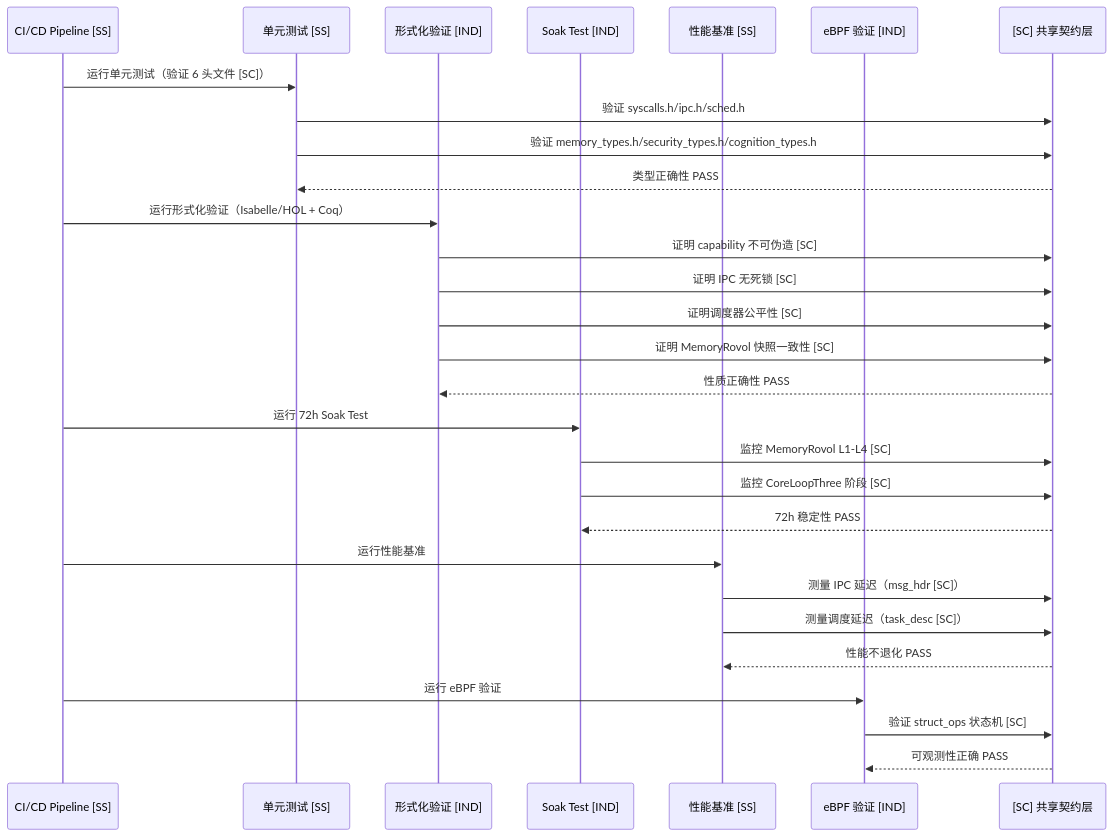
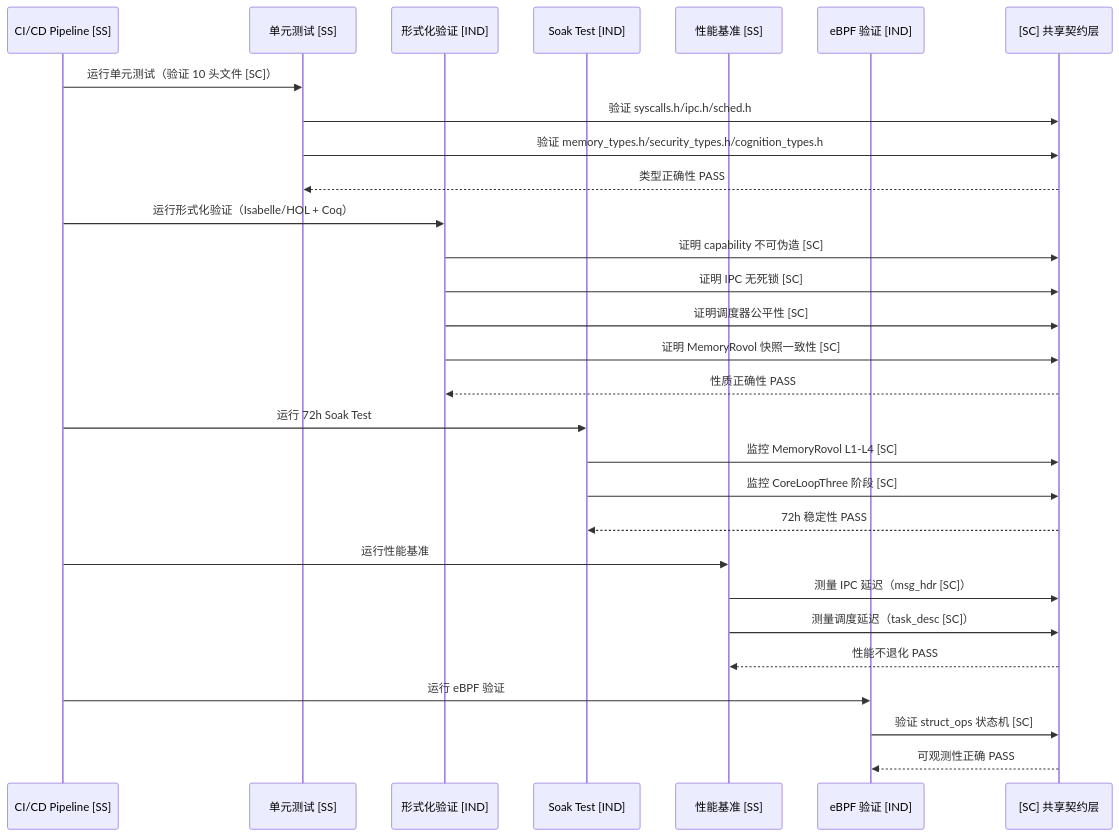
Before and after one commit to openairymax/docs: the first of 2 diagrams in AirymaxOS/20-modules/08-tests-linux.md, drawn with Mermaid. The commit also changed other lines of this file and 71 other files, not shown here.

````diff
--- a/AirymaxOS/20-modules/08-tests-linux.md
+++ b/AirymaxOS/20-modules/08-tests-linux.md
@@ -580,36 +684,36 @@
 ```mermaid
 sequenceDiagram
     participant CI as CI/CD Pipeline [SS]
     participant UNIT as 单元测试 [SS]
     participant FV as 形式化验证 [IND]
     participant SOAK as Soak Test [IND]
     participant BENCH as 性能基准 [SS]
     participant EBPF as eBPF 验证 [IND]
     participant SC as [SC] 共享契约层
 
-    CI->>UNIT: 运行单元测试（验证 6 头文件 [SC]）
+    CI->>UNIT: 运行单元测试（验证 10 头文件 [SC]）
     UNIT->>SC: 验证 syscalls.h/ipc.h/sched.h
     UNIT->>SC: 验证 memory_types.h/security_types.h/cognition_types.h
     SC-->>UNIT: 类型正确性 PASS
 
     CI->>FV: 运行形式化验证（Isabelle/HOL + Coq）
     FV->>SC: 证明 capability 不可伪造 [SC]
     FV->>SC: 证明 IPC 无死锁 [SC]
     FV->>SC: 证明调度器公平性 [SC]
     FV->>SC: 证明 MemoryRovol 快照一致性 [SC]
     SC-->>FV: 性质正确性 PASS
 
     CI->>SOAK: 运行 72h Soak Test
     SOAK->>SC: 监控 MemoryRovol L1-L4 [SC]
     SOAK->>SC: 监控 CoreLoopThree 阶段 [SC]
     SC-->>SOAK: 72h 稳定性 PASS
 
     CI->>BENCH: 运行性能基准
     BENCH->>SC: 测量 IPC 延迟（msg_hdr [SC]）
     BENCH->>SC: 测量调度延迟（task_desc [SC]）
     SC-->>BENCH: 性能不退化 PASS
 
     CI->>EBPF: 运行 eBPF 验证
     EBPF->>SC: 验证 struct_ops 状态机 [SC]
     SC-->>EBPF: 可观测性正确 PASS
 ```
````
